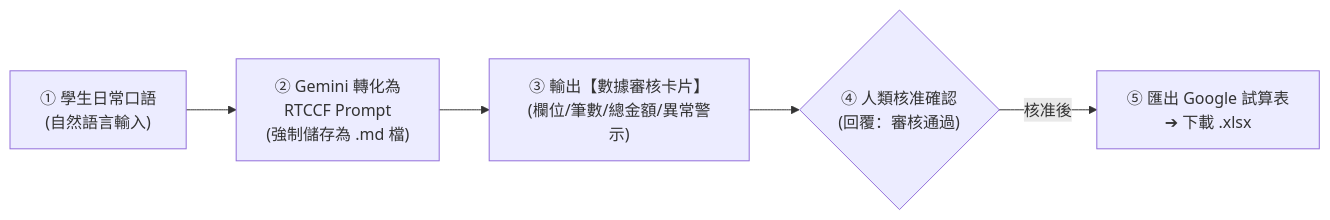
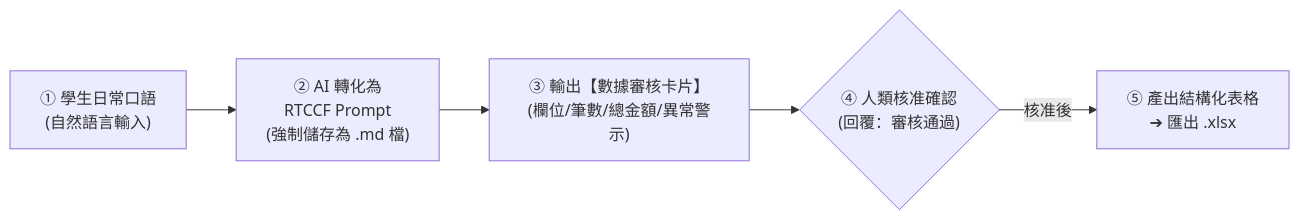
The diagram in 常見的AI應用/辦公室全能應用/Excel試算表的生成.md (roberthsu2003/workflow-productivity), drawn with Mermaid before and after one commit. The commit also changed other lines of this file and 9 other files, not shown here.

````diff
--- a/常見的AI應用/辦公室全能應用/Excel試算表的生成.md
+++ b/常見的AI應用/辦公室全能應用/Excel試算表的生成.md
@@ -12,7 +12,7 @@
 ```mermaid
 flowchart LR
-    A["① 學生日常口語\n(自然語言輸入)"] --> B["② Gemini 轉化為\nRTCCF Prompt\n(強制儲存為 .md 檔)"]
+    A["① 學生日常口語\n(自然語言輸入)"] --> B["② AI 轉化為\nRTCCF Prompt\n(強制儲存為 .md 檔)"]
     B --> C["③ 輸出【數據審核卡片】\n(欄位/筆數/總金額/異常警示)"]
     C --> D{"④ 人類核准確認\n(回覆：審核通過)"}
-    D -->|核准後| E["⑤ 匯出 Google 試算表\n➔ 下載 .xlsx"]
+    D -->|核准後| E["⑤ 產出結構化表格\n➔ 匯出 .xlsx"]
 ```
````
